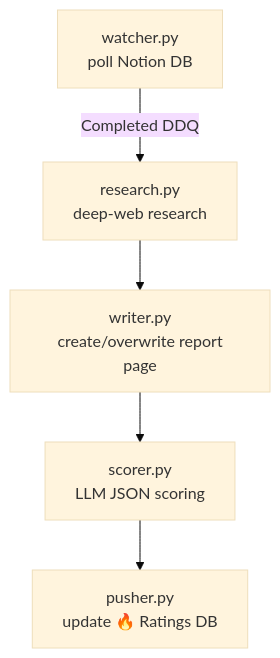
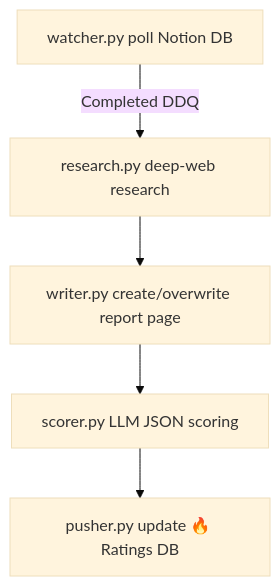
One commit to Liscivia/AI_Intern changed the diagram in README.md. Above: the diagram before and after it, drawn with Mermaid (base theme).

````diff
--- a/README.md
+++ b/README.md
@@ -17,7 +17,7 @@
 ```mermaid
 flowchart TD
-    A[watcher.py\n poll Notion DB] -->|Completed DDQ| B[research.py\n deep-web research]
-    B --> C[writer.py\n create/overwrite report page]
-    C --> D[scorer.py\n LLM JSON scoring]
-    D --> E[pusher.py\n update 🔥 Ratings DB]
+    A[watcher.py poll Notion DB] -->|Completed DDQ| B[research.py deep-web research]
+    B --> C[writer.py create/overwrite report page]
+    C --> D[scorer.py LLM JSON scoring]
+    D --> E[pusher.py update 🔥 Ratings DB]
 ```
````
